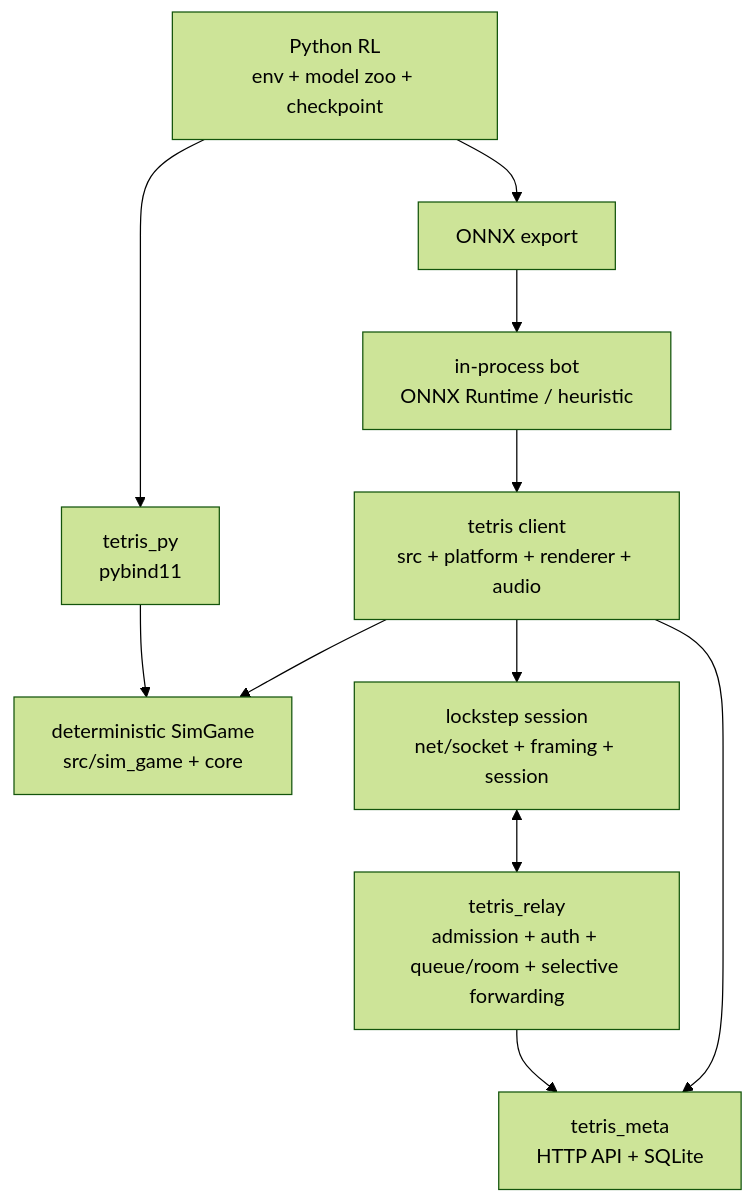
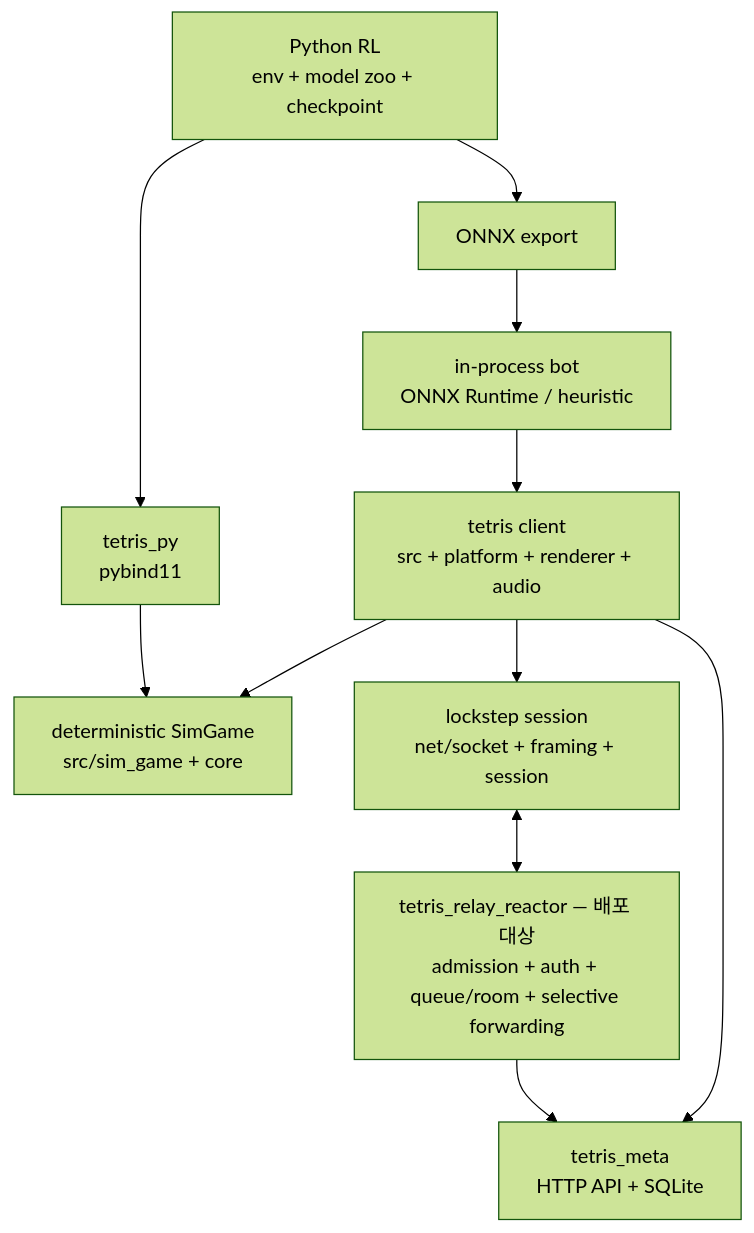
The diagram in README.md (Rein-ArXiv/Tetris-Multiplayer-RL), drawn with Mermaid (forest theme) before and after one commit. The commit also changed other lines of this file and 1 other file, not shown here.

````diff
--- a/README.md
+++ b/README.md
@@ -25,23 +26,23 @@
 ```mermaid
 flowchart TB
     Client["tetris client<br/>src + platform + renderer + audio"]
     Sim["deterministic SimGame<br/>src/sim_game + core"]
     Session["lockstep session<br/>net/socket + framing + session"]
-    Relay["tetris_relay<br/>admission + auth + queue/room + selective forwarding"]
+    Relay["tetris_relay_reactor — 배포 대상<br/>admission + auth + queue/room + selective forwarding"]
     Meta["tetris_meta<br/>HTTP API + SQLite"]
     PyBind["tetris_py<br/>pybind11"]
     Train["Python RL<br/>env + model zoo + checkpoint"]
     Export["ONNX export"]
     Bot["in-process bot<br/>ONNX Runtime / heuristic"]
 
     Client --> Sim
     Client --> Session
     Session <--> Relay
     Client --> Meta
     Relay --> Meta
     PyBind --> Sim
     Train --> PyBind
     Train --> Export
     Export --> Bot
     Bot --> Client
 ```
````
